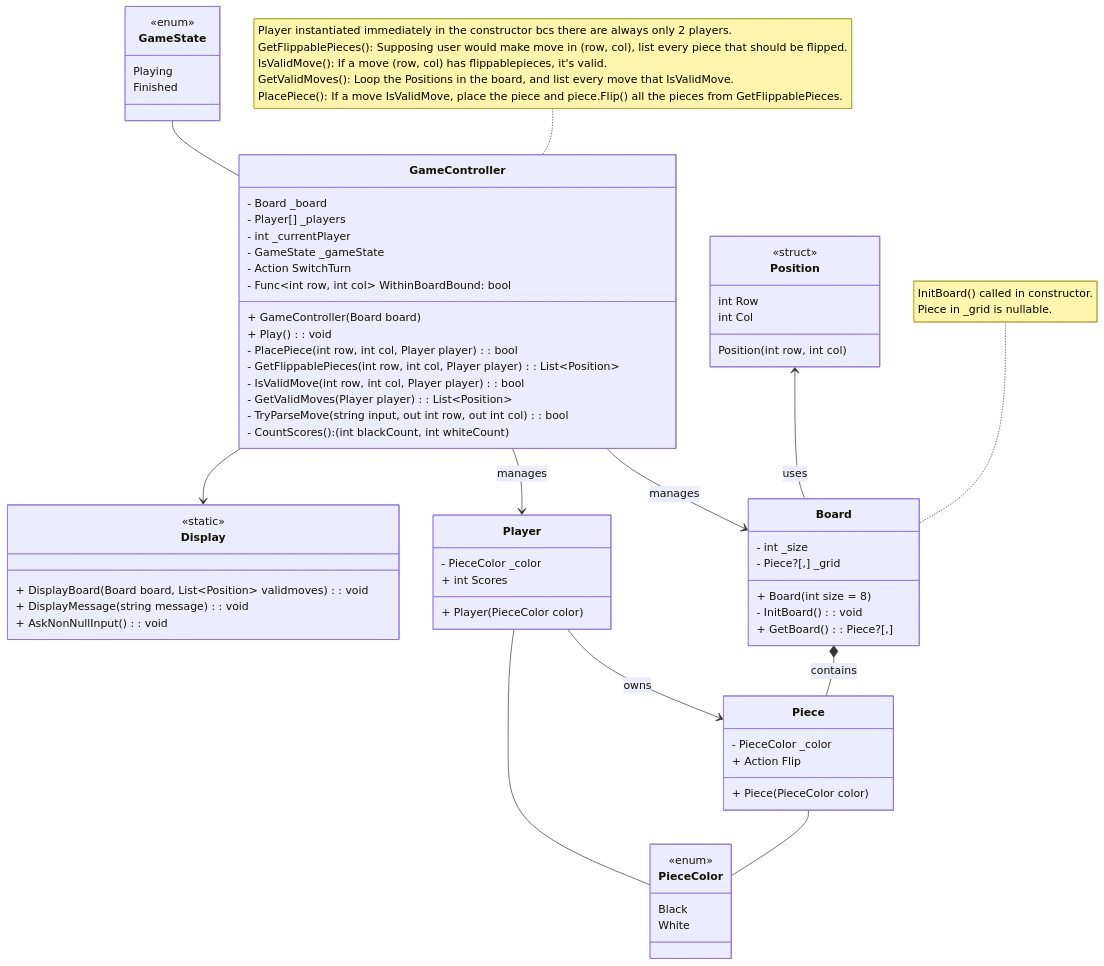
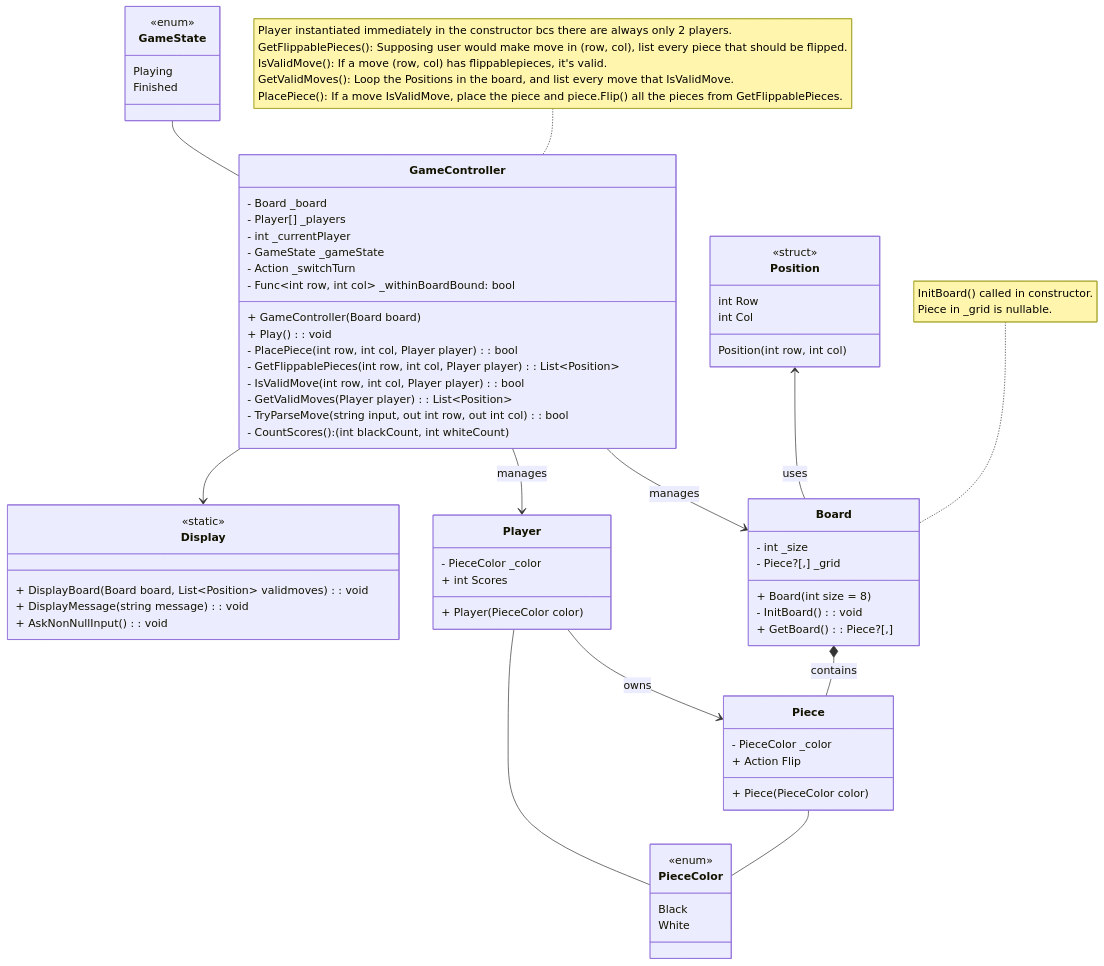
One commit to soniaagst/project-sonia changed the diagram in BoardGame/othelloworld.mmd. Above: the diagram before and after it, drawn with Mermaid.

Commit message:
updated class diagram

```diff
--- a/BoardGame/othelloworld.mmd
+++ b/BoardGame/othelloworld.mmd
@@ -1,118 +1,118 @@
 classDiagram
     GameController --> Board : manages
     GameController --> Player : manages
     GameState -- GameController
     GameController --> Display
     Board *-- Piece : contains
     Position <-- Board : uses
     Player --> Piece : owns
     Player -- PieceColor
     Piece -- PieceColor
 
     class Display {
         <<static>>
         + DisplayBoard(Board board, List~Position~ validmoves): void
         + DisplayMessage(string message): void
         + AskNonNullInput( ): void
     }
 
     class GameController {
         - Board _board
         - Player[] _players
         - int _currentPlayer
         - GameState _gameState
-        - Action SwitchTurn
-        - Func~int row, int col~ WithinBoardBound: bool
+        - Action _switchTurn
+        - Func~int row, int col~ _withinBoardBound: bool
         + GameController(Board board)
         + Play(): void
         - PlacePiece(int row, int col, Player player): bool
         - GetFlippablePieces(int row, int col, Player player): List~Position~
         - IsValidMove(int row, int col, Player player): bool
         - GetValidMoves(Player player): List~Position~
         - TryParseMove(string input, out int row, out int col): bool
         - CountScores(): (int blackCount, int whiteCount)
     }
     note for GameController "Player instantiated immediately in the constructor bcs there are always only 2 players.
     GetFlippablePieces(): Supposing user would make move in (row, col), list every piece that should be flipped.
     IsValidMove(): If a move (row, col) has flippablepieces, it's valid.
     GetValidMoves(): Loop the Positions in the board, and list every move that IsValidMove.
     PlacePiece(): If a move IsValidMove, place the piece and piece.Flip() all the pieces from GetFlippablePieces.
     "
 
     class Board {
         - int _size
         - Piece?[,] _grid
         + Board(int size = 8)
         - InitBoard(): void
         + GetBoard(): Piece?[,]
     }
     note for Board "InitBoard() called in constructor.
     Piece in _grid is nullable."
 
     class Piece {
         - PieceColor _color
         + Action Flip
         + Piece(PieceColor color)
     }
 
     class Player {
         - PieceColor _color
         + int Scores
         + Player(PieceColor color)
     }
 
     class Position {
         <<struct>>
         int Row
         int Col
         Position(int row, int col)
     }
 
     class PieceColor {
         <<enum>>
         Black
         White
     }
     %% Black marked with X, White marked with O
 
     class GameState {
         <<enum>>
         Playing
         Finished
     }
 
 
 %% Rules:
 
 %% 2 players (Black & White), on 8x8 board.
 
 %% Initial board: 4 pieces at the center with this configuration:
 %% W B
 %% B W
 
 %% Black moves first.
 
 %% Black (White) place a black (white) piece on the board, 
 %% in such a way that there is at least one straight 
 %% (horizontal, vertical, or diagonal) occupied line 
 %% between the new piece and another black (white) piece, 
 %% with one or more contiguous white (black) pieces between them.
 
 %% After placing the piece, 
 %% Black (White) flips all white pieces lying on a straight line
 %% between the new piece and any existing black (white) pieces.
 
 %% All flipped pieces are now black (white).
 
 %% Players alternate taking turns.
 
 %% If a player does not have any valid moves,
 %% play passes back to the other player.
 
 %% When neither player can move, the game ends.
 
 %% A game of Othello may end before the board is completely filled.
 
 %% The player with the most pieces on the board at the end of the game wins.
 
 %% If both players have the same number of pieces, then the game is a draw.
```
